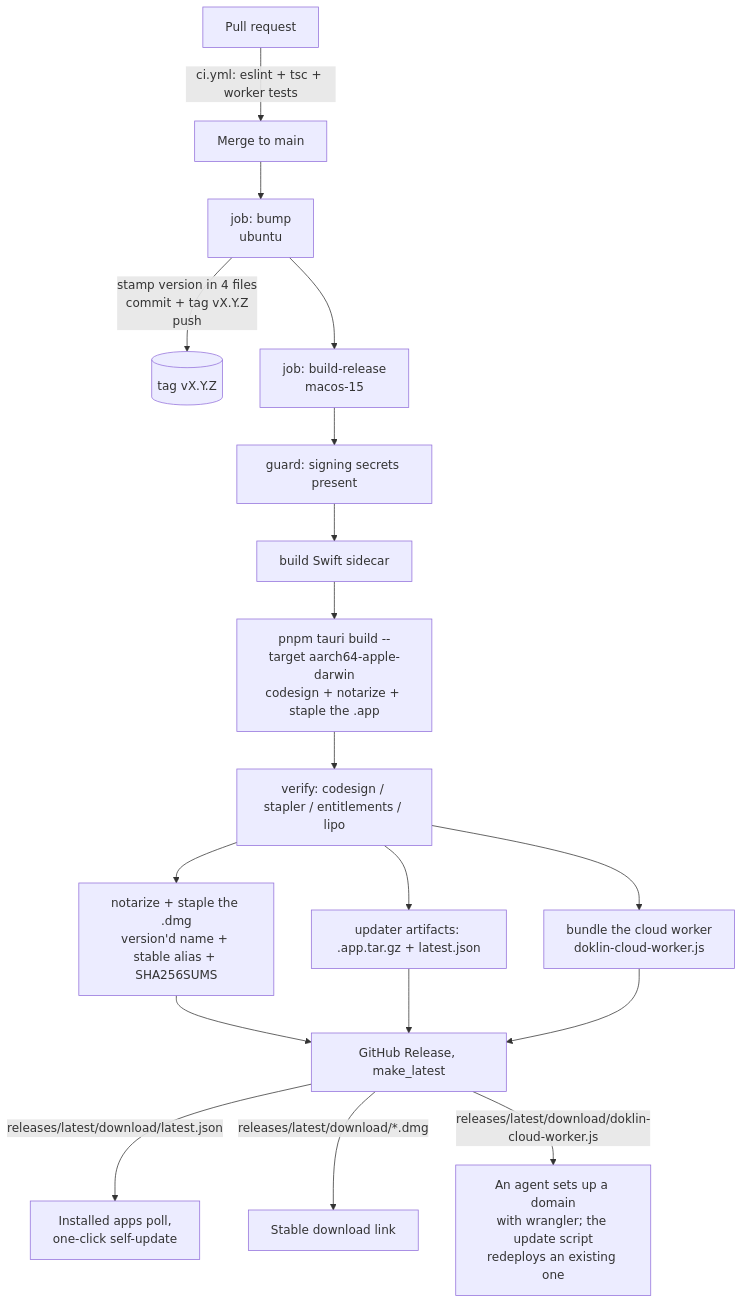
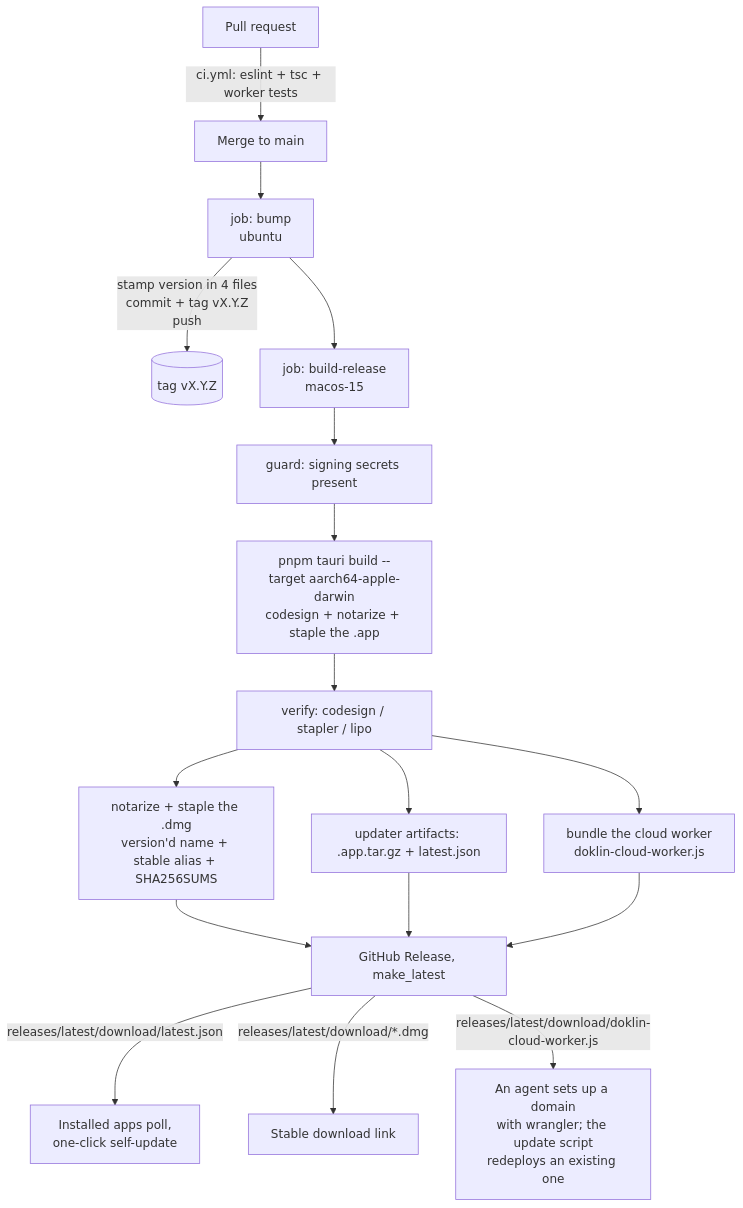
Before and after one commit to boat-builder/doklin: the diagram in docs/release-pipeline.md, drawn with Mermaid. The commit also changed other lines of this file and 33 other files, not shown here.

````diff
--- a/docs/release-pipeline.md
+++ b/docs/release-pipeline.md
@@ -21,20 +20,19 @@
 ```mermaid
 flowchart TD
   PR[Pull request] -->|ci.yml: eslint + tsc + worker tests| M[Merge to main]
   M --> B[job: bump<br/>ubuntu]
   B -->|stamp version in 4 files<br/>commit + tag vX.Y.Z<br/>push| T[(tag vX.Y.Z)]
   B --> R[job: build-release<br/>macos-15]
   R --> G1[guard: signing secrets present]
-  G1 --> S[build Swift sidecar]
-  S --> TB[pnpm tauri build --target aarch64-apple-darwin<br/>codesign + notarize + staple the .app]
-  TB --> V[verify: codesign / stapler / entitlements / lipo]
+  G1 --> TB[pnpm tauri build --target aarch64-apple-darwin<br/>codesign + notarize + staple the .app]
+  TB --> V[verify: codesign / stapler / lipo]
   V --> D[notarize + staple the .dmg<br/>version'd name + stable alias + SHA256SUMS]
   V --> U[updater artifacts: .app.tar.gz + latest.json]
   V --> W[bundle the cloud worker<br/>doklin-cloud-worker.js]
   D --> P[GitHub Release, make_latest]
   U --> P
   W --> P
   P -->|releases/latest/download/latest.json| A[Installed apps poll,<br/>one-click self-update]
   P -->|releases/latest/download/*.dmg| L[Stable download link]
   P -->|releases/latest/download/doklin-cloud-worker.js| C[An agent sets up a domain<br/>with wrangler; the update script<br/>redeploys an existing one]
 ```
````
